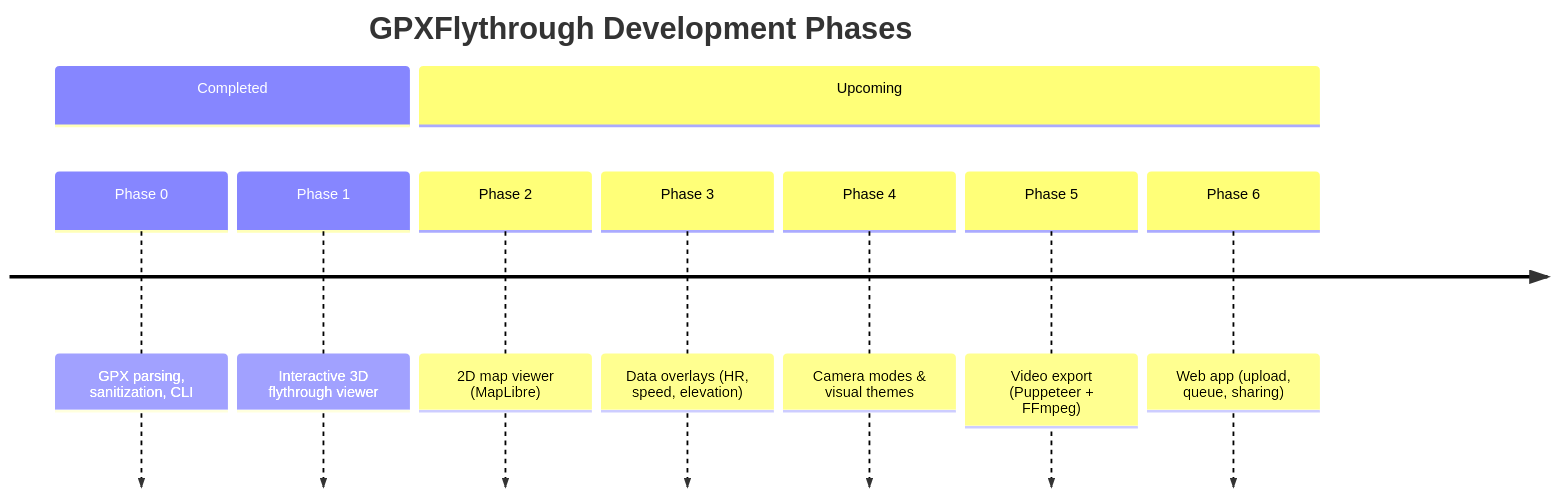
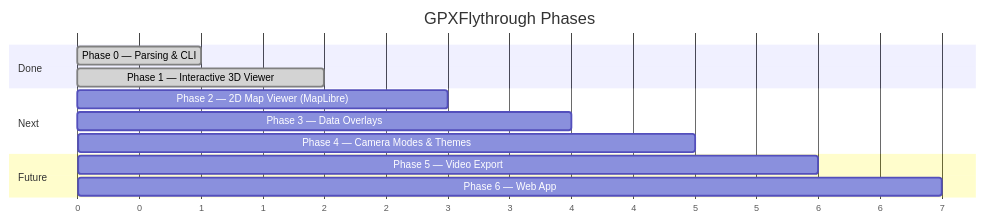
Before and after one commit to nick8592/GPXFlythrough: the third of 3 diagrams in README.md, drawn with Mermaid.

Commit message:
docs: replace Mermaid timeline with gantt chart for readability
Timeline diagram text was unreadable on GitHub due to narrow columns.
Gantt chart renders wider bars with legible phase labels.

````diff
--- a/README.md
+++ b/README.md
@@ -230,13 +230,19 @@
 ```mermaid
-timeline
-    title GPXFlythrough Development Phases
-    section Completed
-        Phase 0 : GPX parsing, sanitization, CLI
-        Phase 1 : Interactive 3D flythrough viewer
-    section Upcoming
-        Phase 2 : 2D map viewer (MapLibre)
-        Phase 3 : Data overlays (HR, speed, elevation)
-        Phase 4 : Camera modes & visual themes
-        Phase 5 : Video export (Puppeteer + FFmpeg)
-        Phase 6 : Web app (upload, queue, sharing)
+gantt
+    title GPXFlythrough Phases
+    dateFormat X
+    axisFormat %s
+
+    section Done
+    Phase 0 — Parsing & CLI          :done, p0, 0, 1
+    Phase 1 — Interactive 3D Viewer   :done, p1, 1, 2
+
+    section Next
+    Phase 2 — 2D Map Viewer (MapLibre): p2, 2, 3
+    Phase 3 — Data Overlays           : p3, 3, 4
+    Phase 4 — Camera Modes & Themes   : p4, 4, 5
+
+    section Future
+    Phase 5 — Video Export            : p5, 5, 6
+    Phase 6 — Web App                 : p6, 6, 7
 ```
````
